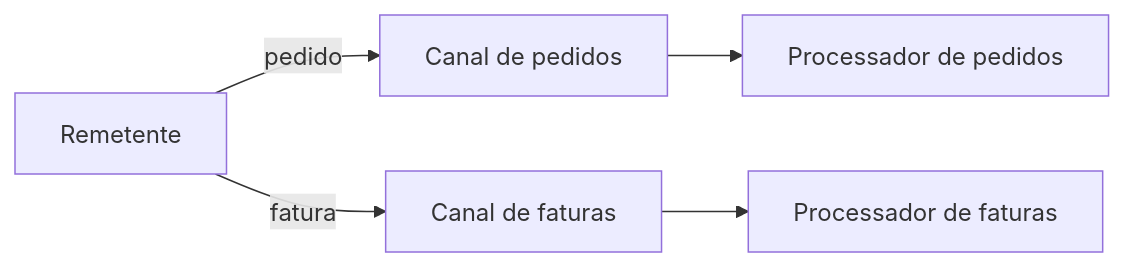
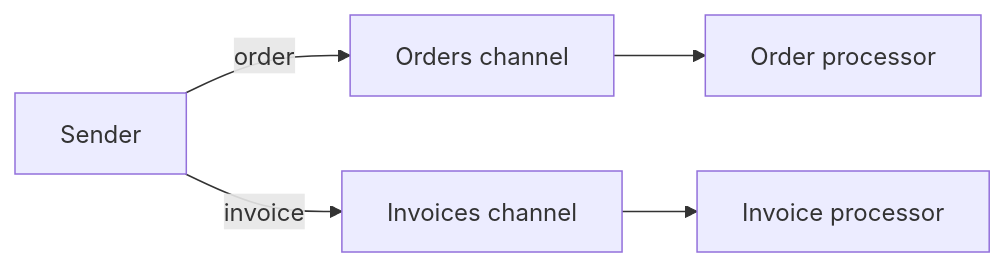
One commit to alancesar/design-patterns changed the diagram in docs/architecture/eip/messaging-channels/datatype-channel.md. Above: the diagram before and after it, drawn with Mermaid. The commit also changed 258 other files, not shown here.

First line of the commit message:
Translate Mermaid diagrams to English

````diff
--- a/docs/architecture/eip/messaging-channels/datatype-channel.md
+++ b/docs/architecture/eip/messaging-channels/datatype-channel.md
@@ -52,7 +52,7 @@
 ```mermaid
 flowchart LR
-    S["Remetente"] -->|"pedido"| C1["Canal de pedidos"]
-    S -->|"fatura"| C2["Canal de faturas"]
-    C1 --> R1["Processador de pedidos"]
-    C2 --> R2["Processador de faturas"]
+    S["Sender"] -->|"order"| C1["Orders channel"]
+    S -->|"invoice"| C2["Invoices channel"]
+    C1 --> R1["Order processor"]
+    C2 --> R2["Invoice processor"]
 ```
````
